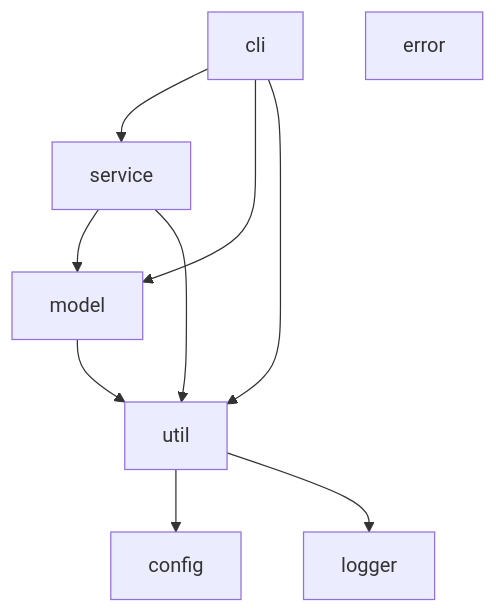
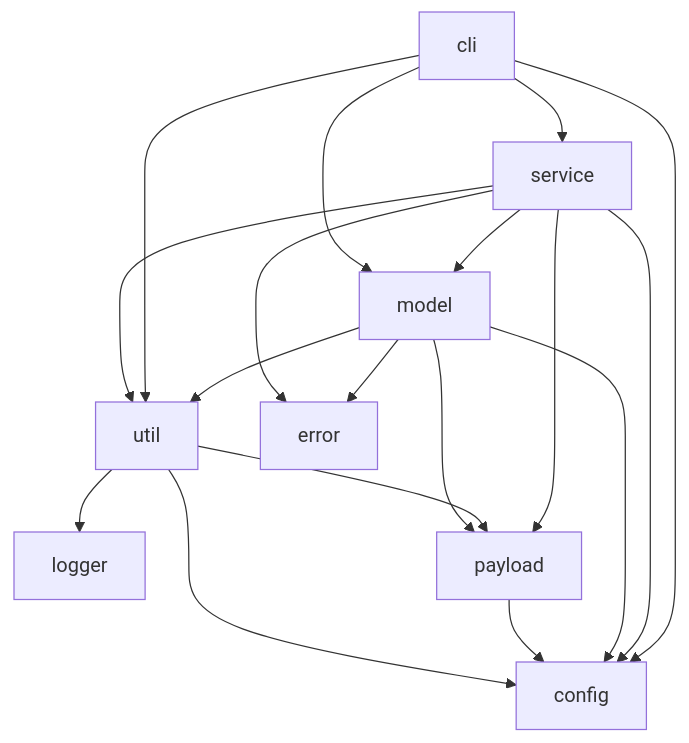
The diagram in README.md (tuana9a/kp), drawn with Mermaid before and after one commit. The commit also changed other lines of this file and 15 other files, not shown here.

Commit message:
code refactor - add payload: VmResponse, VmConfigResponse, Cfg - update the code structure as follow the payload

````diff
--- a/README.md
+++ b/README.md
@@ -36,12 +36,21 @@
 ```mermaid
 graph TD;
   cli-->service;
   cli-->model;
   service-->model;
   service-->util;
   cli-->util;
   model-->util;
   util-->config;
   util-->logger;
+  payload-->config;
+  model-->payload;
+  util-->payload;
+  service-->payload;
+  model-->config;
+  service-->config;
+  cli-->config;
+  service-->error;
+  model-->error;
   error;
 ```
````
